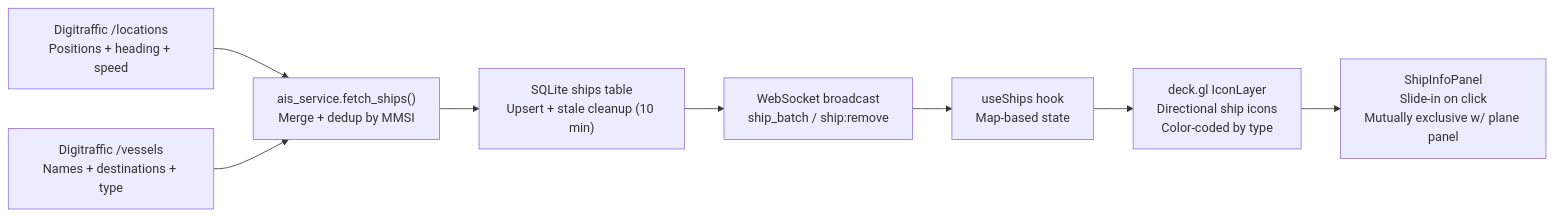
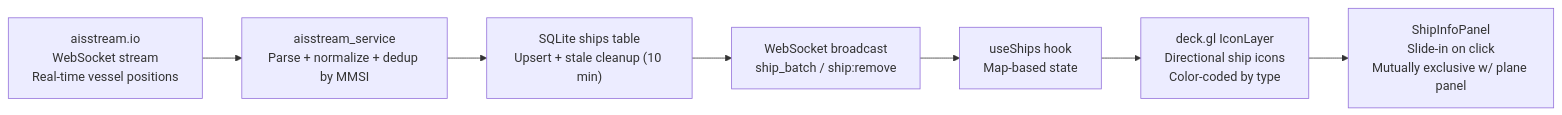
The third of 3 diagrams in README.md (RishiJain905/TerraWatch), drawn with Mermaid before and after one commit. The commit also changed other lines of this file and 1 other file, not shown here.

````diff
--- a/README.md
+++ b/README.md
@@ -79,20 +82,19 @@
 ```mermaid
 flowchart LR
-    A1["Digitraffic /locations
-Positions + heading + speed"] --> B["ais_service.fetch_ships()
-Merge + dedup by MMSI"]
-    A2["Digitraffic /vessels
-Names + destinations + type"] --> B
+    A1["aisstream.io
+WebSocket stream
+Real-time vessel positions"] --> B["aisstream_service
+Parse + normalize + dedup by MMSI"]
     B --> C["SQLite ships table
 Upsert + stale cleanup (10 min)"]
     C --> D["WebSocket broadcast
 ship_batch / ship:remove"]
     D --> E["useShips hook
 Map-based state"]
     E --> F["deck.gl IconLayer
 Directional ship icons
 Color-coded by type"]
     F --> G["ShipInfoPanel
 Slide-in on click
 Mutually exclusive w/ plane panel"]
 ```
````
